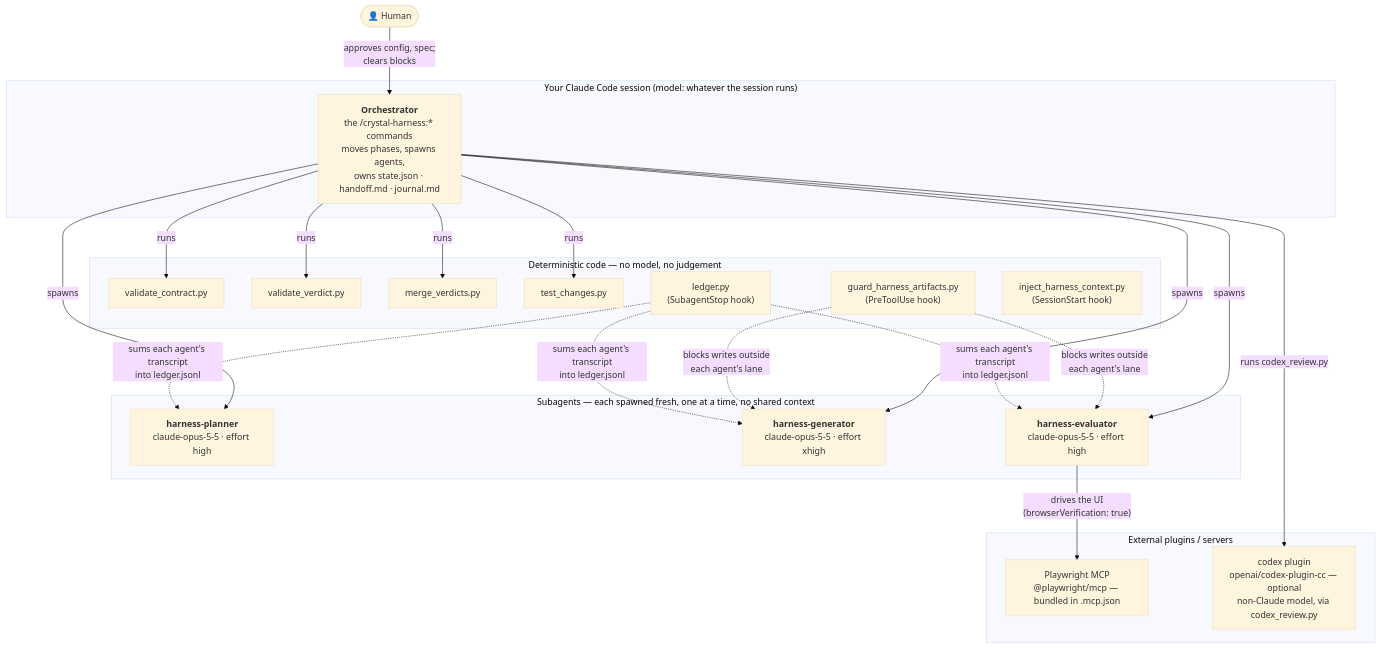
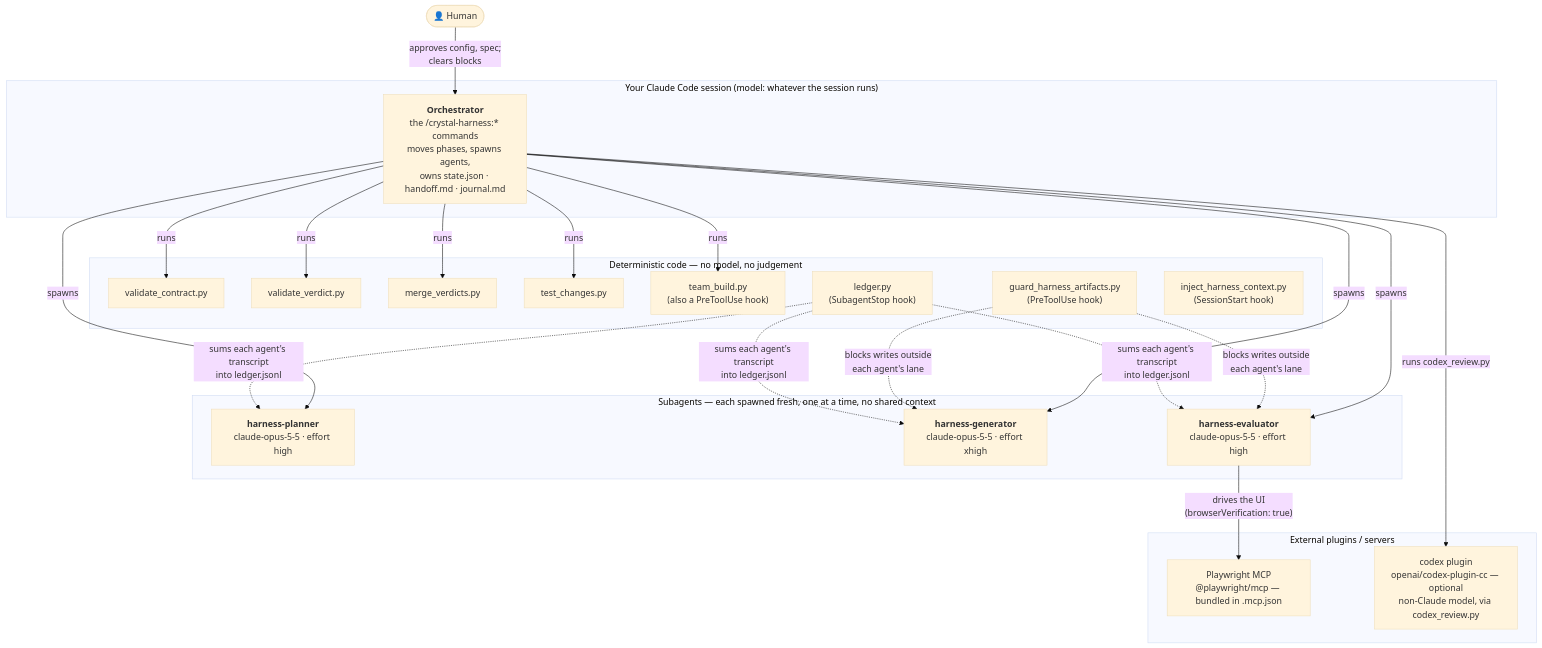
One commit to YukiTominaga/claude-harness changed the first of 3 diagrams in README.md. Above: the diagram before and after it, drawn with Mermaid (base theme). The commit also changed other lines of this file and 18 other files, not shown here.

First line of the commit message:
feat(crystal-harness): opt-in team build under a validated split plan (0.12.0) (#6)

````diff
--- a/README.md
+++ b/README.md
@@ -32,37 +32,38 @@
 ```mermaid
 flowchart TB
     human(["👤 Human"])
 
     subgraph session["Your Claude Code session (model: whatever the session runs)"]
         orch["<b>Orchestrator</b><br/>the /crystal-harness:* commands<br/>moves phases, spawns agents,<br/>owns state.json · handoff.md · journal.md"]
     end
 
     subgraph agents["Subagents — each spawned fresh, one at a time, no shared context"]
         planner["<b>harness-planner</b><br/>claude-opus-5-5 · effort high"]
         gen["<b>harness-generator</b><br/>claude-opus-5-5 · effort xhigh"]
         evalr["<b>harness-evaluator</b><br/>claude-opus-5-5 · effort high"]
     end
 
     subgraph det["Deterministic code — no model, no judgement"]
         vc["validate_contract.py"]
         vv["validate_verdict.py"]
         mv["merge_verdicts.py"]
         tc["test_changes.py"]
+        tb["team_build.py<br/>(also a PreToolUse hook)"]
         led["ledger.py<br/>(SubagentStop hook)"]
         guard["guard_harness_artifacts.py<br/>(PreToolUse hook)"]
         inject["inject_harness_context.py<br/>(SessionStart hook)"]
     end
 
     subgraph ext["External plugins / servers"]
         pw["Playwright MCP<br/>@playwright/mcp — bundled in .mcp.json"]
         codex["codex plugin<br/>openai/codex-plugin-cc — optional<br/>non-Claude model, via codex_review.py"]
     end
 
     human -- "approves config, spec;<br/>clears blocks" --> orch
     orch -- spawns --> planner & gen & evalr
-    orch -- runs --> vc & vv & mv & tc
+    orch -- runs --> vc & vv & mv & tc & tb
     orch -- "runs codex_review.py" --> codex
     evalr -- "drives the UI<br/>(browserVerification: true)" --> pw
     guard -. "blocks writes outside<br/>each agent's lane" .-> gen & evalr
     led -. "sums each agent's transcript<br/>into ledger.jsonl" .-> planner & gen & evalr
 ```
````
